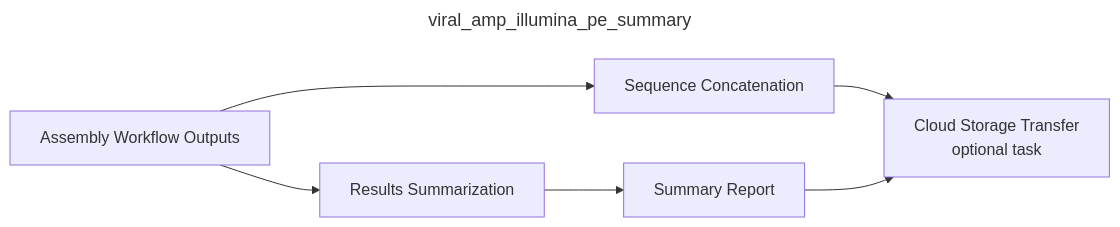
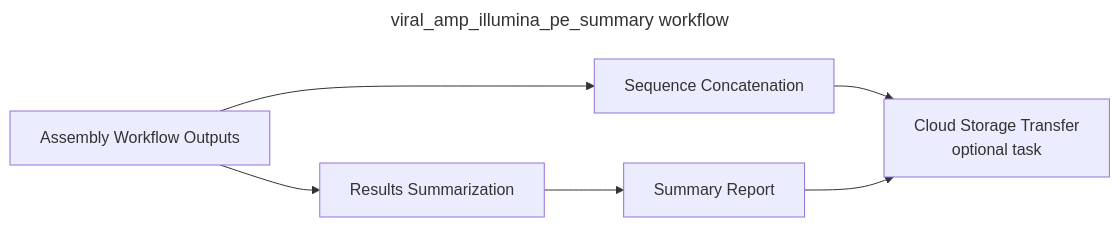
Before and after one commit to CDPHE-bioinformatics/CDPHE-Viral-Amplicon-WDL: the second of 3 diagrams in README.md, drawn with Mermaid. The commit also changed other lines of this file, not shown here.

Commit message:
modified:   README.md summary workflow

````diff
--- a/README.md
+++ b/README.md
@@ -137,10 +150,10 @@
 ```mermaid
 ---
-title: viral_amp_illumina_pe_summary
+title: viral_amp_illumina_pe_summary workflow
 ---
 graph LR
     A[Assembly Workflow Outputs] --> B[Sequence Concatenation]
     A --> C[Results Summarization]
     C --> D[Summary Report]
     B & D --> E[Cloud Storage Transfer<br/>optional task]
 ```
````
